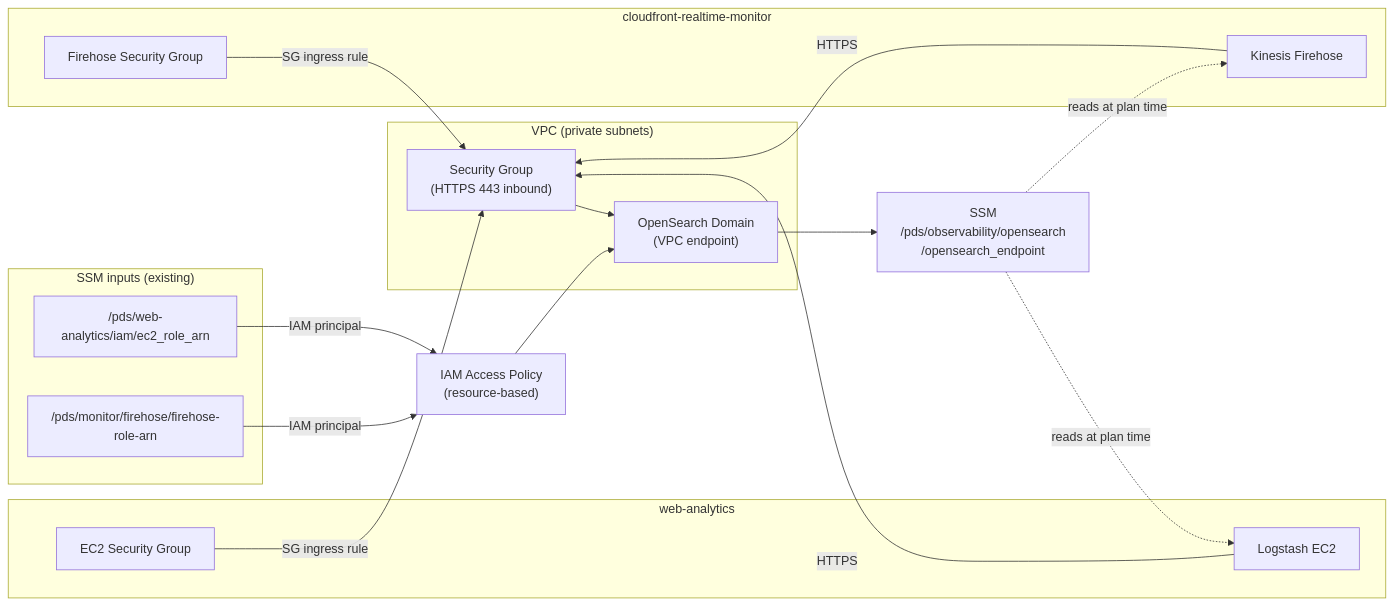
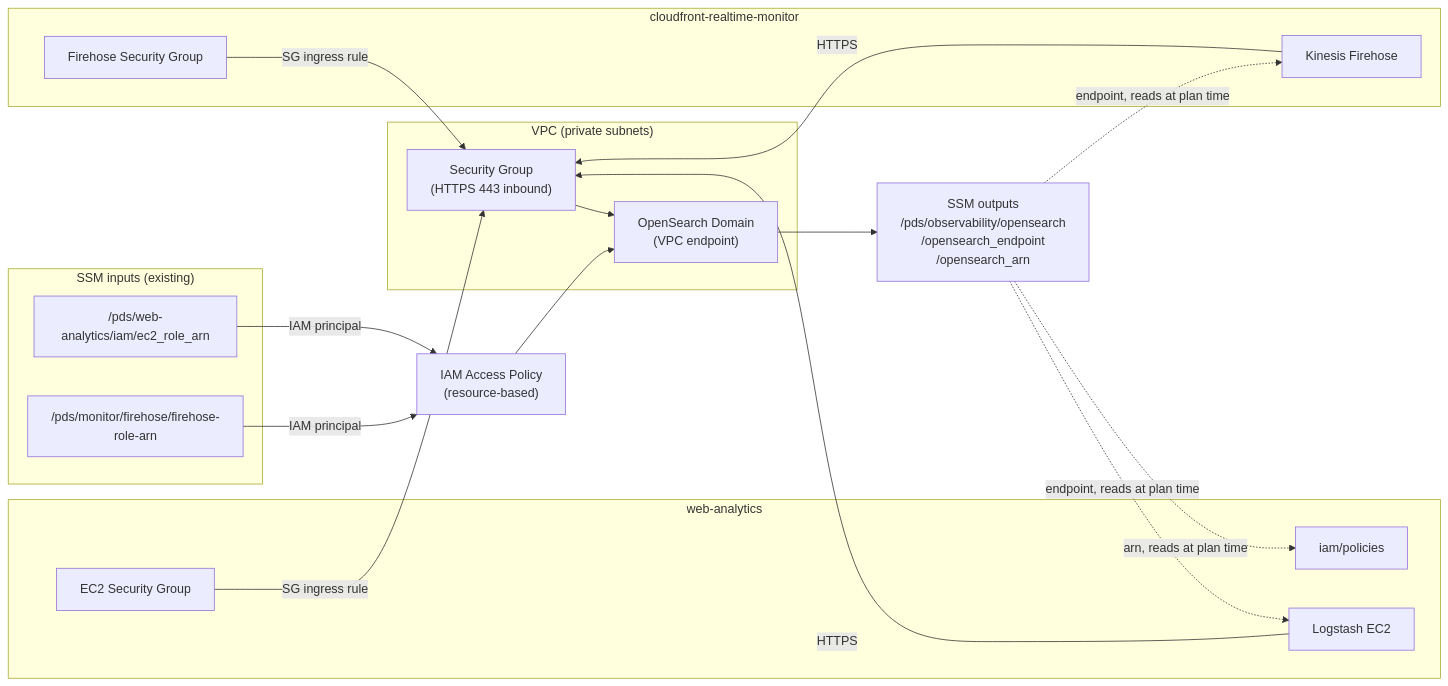
Before and after one commit to NASA-PDS/o11y-platform: the first of 2 diagrams in terraform/README.md, drawn with Mermaid. The commit also changed other lines of this file and 5 other files, not shown here.

````diff
--- a/terraform/README.md
+++ b/terraform/README.md
@@ -7,37 +7,39 @@
 ```mermaid
 flowchart LR
     subgraph vpc["VPC (private subnets)"]
         SG["Security Group\n(HTTPS 443 inbound)"]
         OS["OpenSearch Domain\n(VPC endpoint)"]
     end
 
     subgraph ssm_in["SSM inputs (existing)"]
         EC2ARN["/pds/web-analytics/iam/ec2_role_arn"]
         FHARN["/pds/monitor/firehose/firehose-role-arn"]
     end
 
     POL["IAM Access Policy\n(resource-based)"]
-    SSM_OUT["SSM\n/pds/observability/opensearch\n/opensearch_endpoint"]
+    SSM_OUT["SSM outputs\n/pds/observability/opensearch\n/opensearch_endpoint\n/opensearch_arn"]
 
     subgraph wa["web-analytics"]
         LS["Logstash EC2"]
         EC2SG["EC2 Security Group"]
+        WAIAM["iam/policies"]
     end
 
     subgraph cf["cloudfront-realtime-monitor"]
         FH["Kinesis Firehose"]
         FHSG["Firehose Security Group"]
     end
 
     EC2SG -->|"SG ingress rule"| SG
     FHSG -->|"SG ingress rule"| SG
     SG --> OS
     EC2ARN -->|"IAM principal"| POL
     FHARN -->|"IAM principal"| POL
     POL --> OS
     OS --> SSM_OUT
-    SSM_OUT -.->|"reads at plan time"| LS
-    SSM_OUT -.->|"reads at plan time"| FH
+    SSM_OUT -.->|"endpoint, reads at plan time"| LS
+    SSM_OUT -.->|"endpoint, reads at plan time"| FH
+    SSM_OUT -.->|"arn, reads at plan time"| WAIAM
     LS -->|"HTTPS"| SG
     FH -->|"HTTPS"| SG
 ```
````
